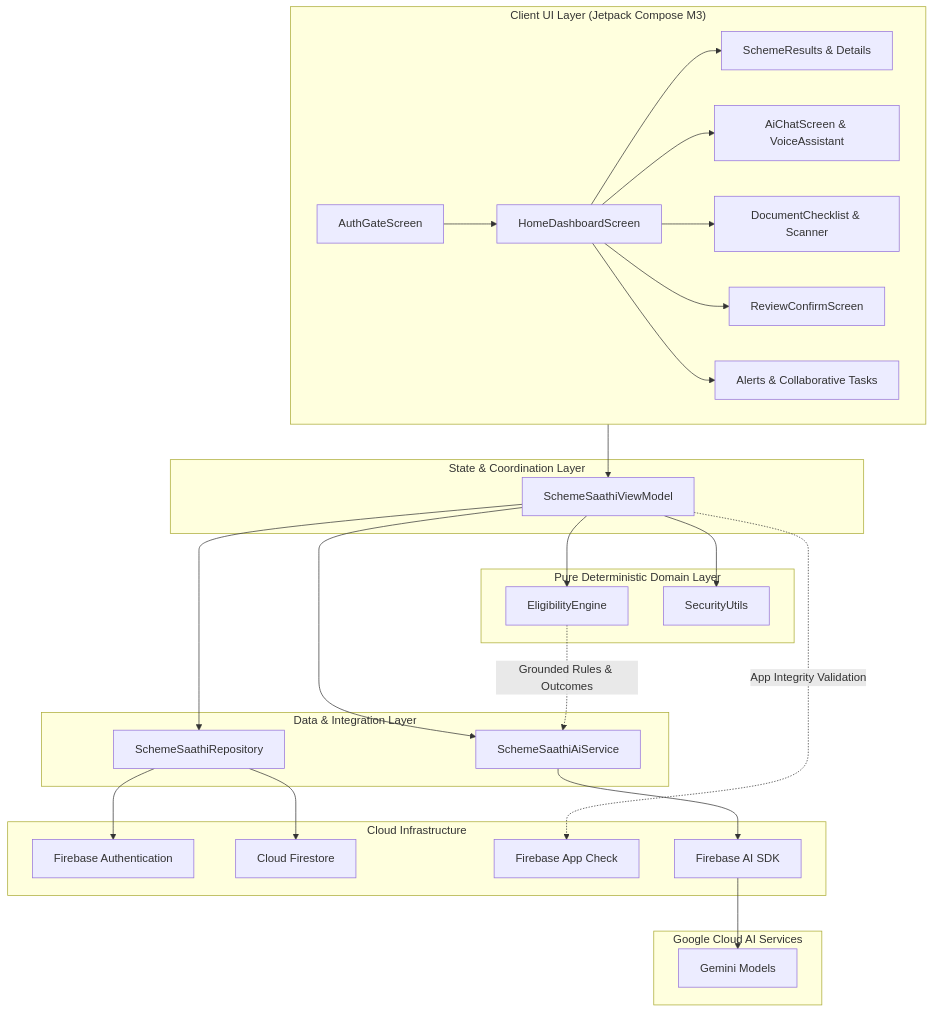
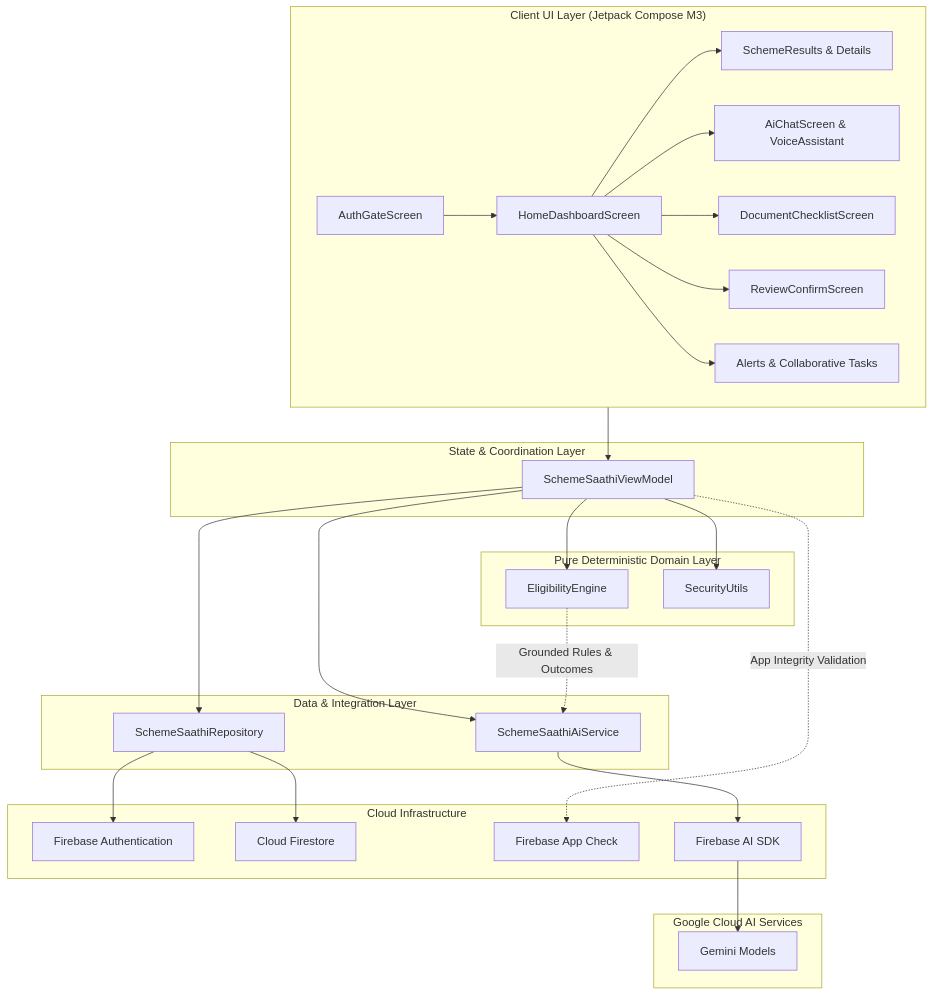
One commit to ENTRYDOWN99/scheme-sathi changed the diagram in README.md. Above: the diagram before and after it, drawn with Mermaid. The commit also changed other lines of this file and 9 other files, not shown here.

````diff
--- a/README.md
+++ b/README.md
@@ -55,49 +55,49 @@
 ```mermaid
 flowchart TD
     subgraph UI ["Client UI Layer (Jetpack Compose M3)"]
         A[AuthGateScreen] --> B[HomeDashboardScreen]
         B --> C[SchemeResults & Details]
         B --> D[AiChatScreen & VoiceAssistant]
-        B --> E[DocumentChecklist & Scanner]
+        B --> E[DocumentChecklistScreen]
         B --> F[ReviewConfirmScreen]
         B --> G[Alerts & Collaborative Tasks]
     end
 
     subgraph ViewModel ["State & Coordination Layer"]
         VM[SchemeSaathiViewModel]
     end
 
     subgraph Domain ["Pure Deterministic Domain Layer"]
         EE[EligibilityEngine]
         SEC[SecurityUtils]
     end
 
     subgraph Data ["Data & Integration Layer"]
         REPO[SchemeSaathiRepository]
         AI[SchemeSaathiAiService]
     end
 
     subgraph Backend ["Cloud Infrastructure"]
         FA[Firebase Authentication]
         FS[Cloud Firestore]
         FAC[Firebase App Check]
         FAI[Firebase AI SDK]
     end
 
     subgraph GoogleAI ["Google Cloud AI Services"]
         GEMINI[Gemini Models]
     end
 
     UI --> VM
     VM --> EE
     VM --> SEC
     VM --> REPO
     VM --> AI
 
     EE -.->|Grounded Rules & Outcomes| AI
     REPO --> FA
     REPO --> FS
     VM -.->|App Integrity Validation| FAC
     AI --> FAI
     FAI --> GEMINI
 ```
````
